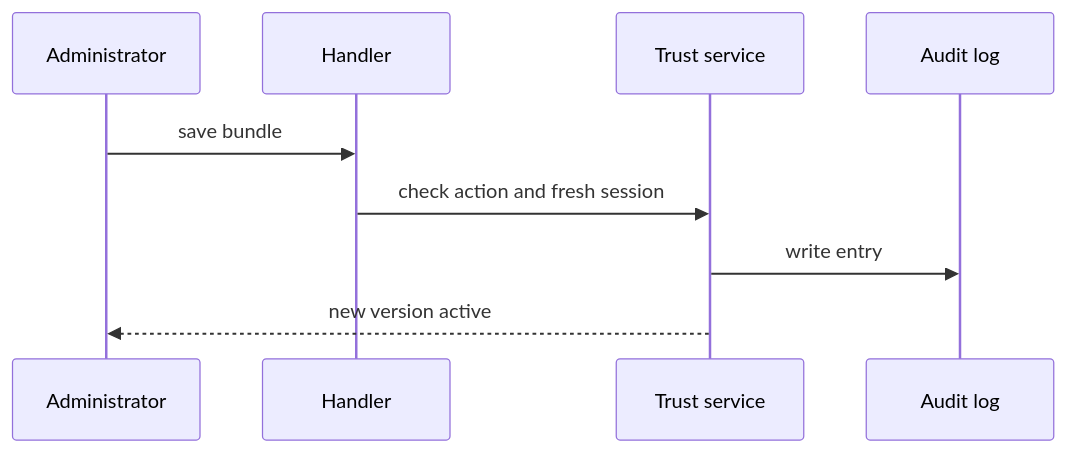
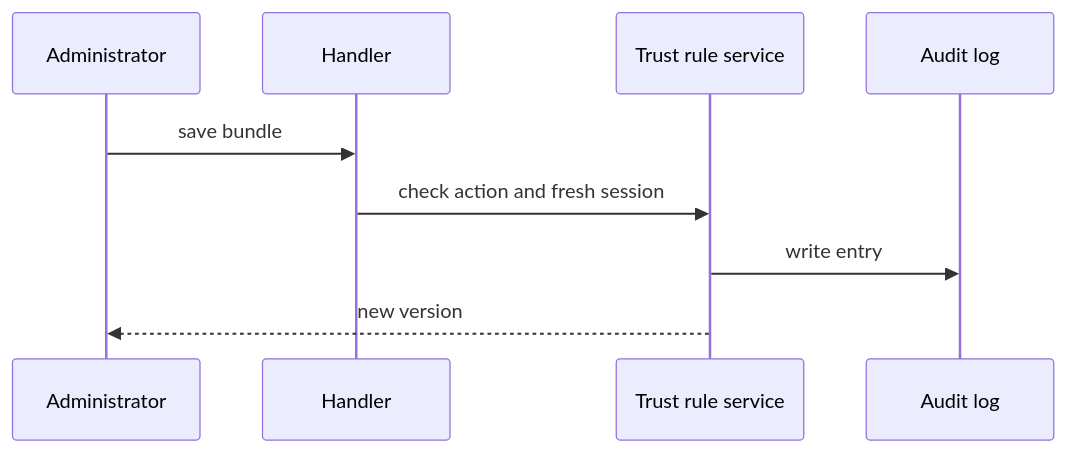
Before and after one commit to OpenDustpan/OpenDustpan: the second of 4 diagrams in openspec/changes/mtls-trust-bundle-rules/design.md, drawn with Mermaid. The commit also changed other lines of this file and 12 other files, not shown here.

````diff
--- a/openspec/changes/mtls-trust-bundle-rules/design.md
+++ b/openspec/changes/mtls-trust-bundle-rules/design.md
@@ -47,11 +49,11 @@
 ```mermaid
 sequenceDiagram
  participant A as Administrator
  participant H as Handler
- participant S as Trust service
+ participant S as Trust rule service
  participant L as Audit log
  A->>H: save bundle
  H->>S: check action and fresh session
  S->>L: write entry
- S-->>A: new version active
+ S-->>A: new version
 ```
````
